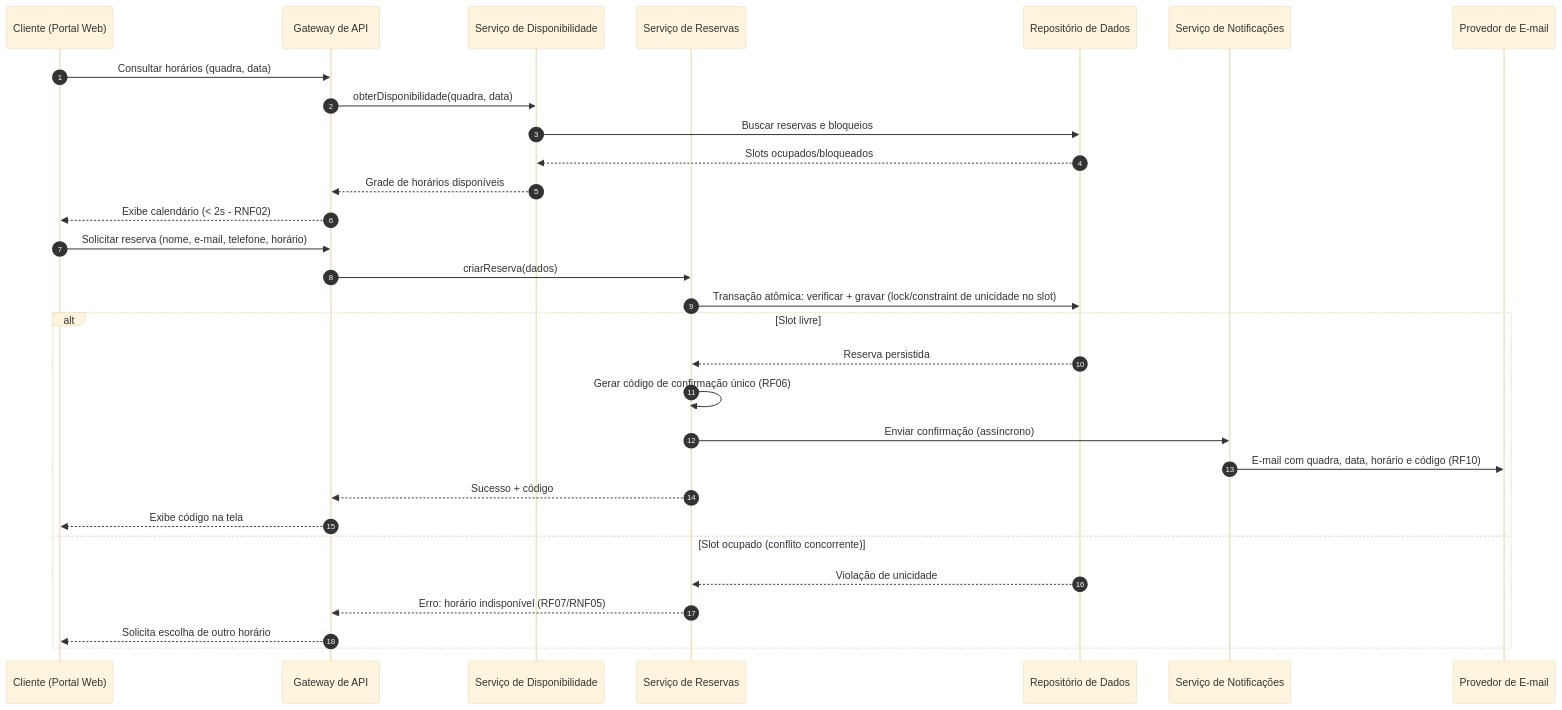
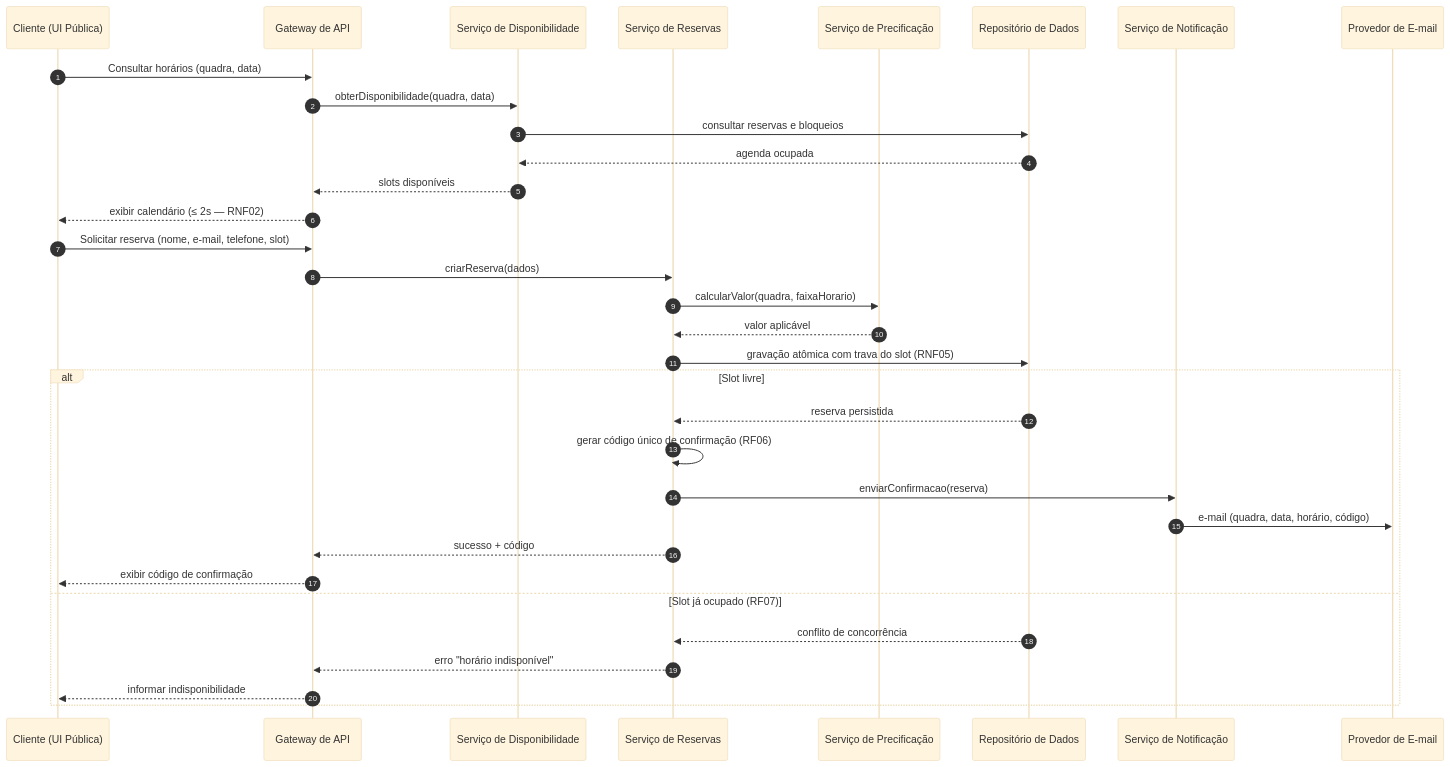
Before and after one commit to PDC-ESIA/AI4ES: the second of 4 diagrams in docs/Time_2_Design/analise-qualitativa/outputs/relatorio_claude_fable_5_P05.md, drawn with Mermaid (base theme). The commit also changed other lines of this file and 93 other files, not shown here.

````diff
--- a/docs/Time_2_Design/analise-qualitativa/outputs/relatorio_claude_fable_5_P05.md
+++ b/docs/Time_2_Design/analise-qualitativa/outputs/relatorio_claude_fable_5_P05.md
@@ -69,34 +69,37 @@
 ```mermaid
 sequenceDiagram
     autonumber
-    participant C as Cliente (Portal Web)
+    participant C as Cliente (UI Pública)
     participant GW as Gateway de API
     participant D as Serviço de Disponibilidade
     participant R as Serviço de Reservas
+    participant P as Serviço de Precificação
     participant DB as Repositório de Dados
-    participant N as Serviço de Notificações
+    participant N as Serviço de Notificação
     participant E as Provedor de E-mail
 
     C->>GW: Consultar horários (quadra, data)
     GW->>D: obterDisponibilidade(quadra, data)
-    D->>DB: Buscar reservas e bloqueios
-    DB-->>D: Slots ocupados/bloqueados
-    D-->>GW: Grade de horários disponíveis
-    GW-->>C: Exibe calendário (< 2s - RNF02)
+    D->>DB: consultar reservas e bloqueios
+    DB-->>D: agenda ocupada
+    D-->>GW: slots disponíveis
+    GW-->>C: exibir calendário (≤ 2s — RNF02)
 
-    C->>GW: Solicitar reserva (nome, e-mail, telefone, horário)
+    C->>GW: Solicitar reserva (nome, e-mail, telefone, slot)
     GW->>R: criarReserva(dados)
-    R->>DB: Transação atômica: verificar + gravar (lock/constraint de unicidade no slot)
+    R->>P: calcularValor(quadra, faixaHorario)
+    P-->>R: valor aplicável
+    R->>DB: gravação atômica com trava do slot (RNF05)
     alt Slot livre
-        DB-->>R: Reserva persistida
-        R->>R: Gerar código de confirmação único (RF06)
-        R->>N: Enviar confirmação (assíncrono)
-        N->>E: E-mail com quadra, data, horário e código (RF10)
-        R-->>GW: Sucesso + código
-        GW-->>C: Exibe código na tela
-    else Slot ocupado (conflito concorrente)
-        DB-->>R: Violação de unicidade
-        R-->>GW: Erro: horário indisponível (RF07/RNF05)
-        GW-->>C: Solicita escolha de outro horário
+        DB-->>R: reserva persistida
+        R->>R: gerar código único de confirmação (RF06)
+        R->>N: enviarConfirmacao(reserva)
+        N->>E: e-mail (quadra, data, horário, código)
+        R-->>GW: sucesso + código
+        GW-->>C: exibir código de confirmação
+    else Slot já ocupado (RF07)
+        DB-->>R: conflito de concorrência
+        R-->>GW: erro "horário indisponível"
+        GW-->>C: informar indisponibilidade
     end
 ```
````
